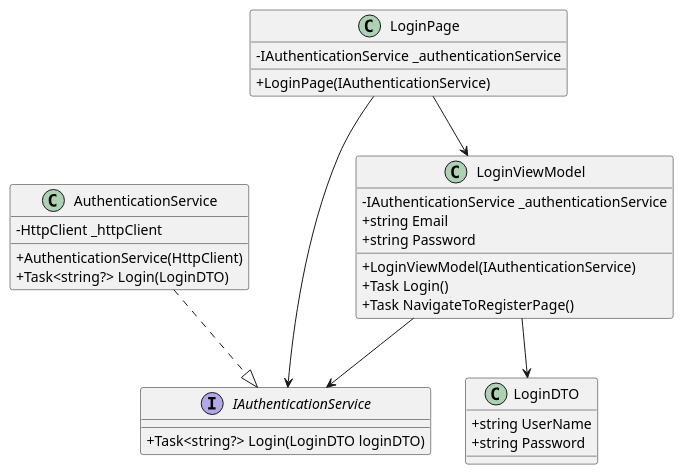
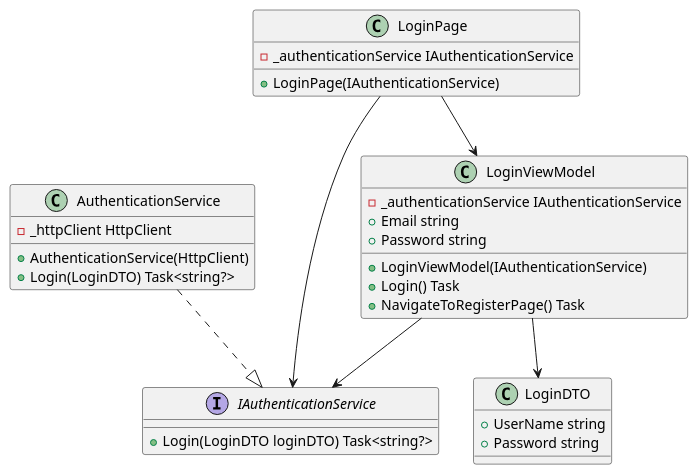
Before and after one commit to a-chiha/FinanceTrackerBackend: the diagram in diagrams/maui/login.puml, drawn with PlantUML. The commit also changed 1 other file, not shown here.

Commit message:
update login cd for maui

```diff
--- a/diagrams/maui/login.puml
+++ b/diagrams/maui/login.puml
@@ -1,45 +1,46 @@
 @startuml
-skinparam classAttributeIconSize 0
+
 
 ' Interfaces
 interface IAuthenticationService {
-    +Task<string?> Login(LoginDTO loginDTO)
+    + Login(LoginDTO loginDTO) Task<string?>
 }
 
 ' DTO
 class LoginDTO {
-    +string UserName
-    +string Password
+    + UserName string
+    + Password string
 }
 
 ' Services
 class AuthenticationService {
-    -HttpClient _httpClient
-    +AuthenticationService(HttpClient)
-    +Task<string?> Login(LoginDTO)
+    - _httpClient HttpClient
+    + AuthenticationService(HttpClient)
+    + Login(LoginDTO) Task<string?>
 }
 
 ' ViewModels
 class LoginViewModel {
-    -IAuthenticationService _authenticationService
-    +LoginViewModel(IAuthenticationService)
-    +string Email
-    +string Password
-    +Task Login()
-    +Task NavigateToRegisterPage()
+    - _authenticationService IAuthenticationService
+    + LoginViewModel(IAuthenticationService)
+    + Email string
+    + Password string
+    + Login() Task
+    + NavigateToRegisterPage() Task
 }
 
 ' Views
 class LoginPage {
-    -IAuthenticationService _authenticationService
-    +LoginPage(IAuthenticationService)
+    - _authenticationService IAuthenticationService
+    + LoginPage(IAuthenticationService)
 }
 
 ' Relationships
 LoginViewModel --> IAuthenticationService
 AuthenticationService ..|> IAuthenticationService
 LoginViewModel --> LoginDTO
 LoginPage --> LoginViewModel
 LoginPage --> IAuthenticationService
 
+
 @enduml
```
